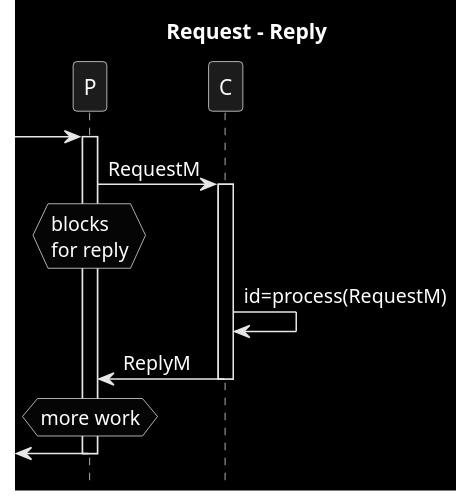
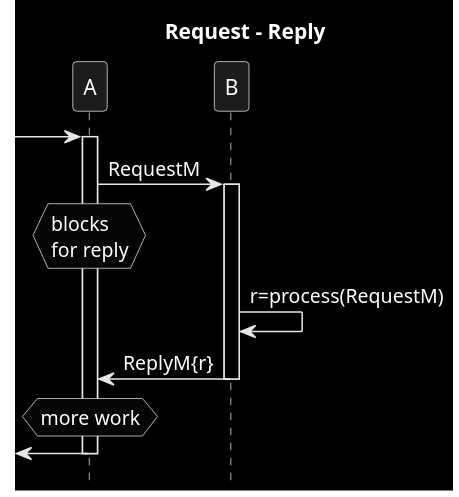
Before and after one commit to victorrentea/kafka: the diagram in patterns/4_request_reply_0_blocking.puml, drawn with PlantUML. The commit also changed other lines of this file and 47 other files, not shown here.

```diff
--- a/patterns/4_request_reply_0_blocking.puml
+++ b/patterns/4_request_reply_0_blocking.puml
@@ -1,16 +1,16 @@
 @startuml
 title Request - Reply
 hide footbox
 skinparam monochrome reverse
-->P
-activate P
-P->C: RequestM
-hnote over P: blocks\nfor reply
-activate C
-C->C: id=process(RequestM)
-C->P: ReplyM
-deactivate C
-hnote over P: more work
-<-P
-deactivate P
+->A
+activate A
+A->B: RequestM
+hnote over A: blocks\nfor reply
+activate B
+B->B: r=process(RequestM)
+B->A: ReplyM{r}
+deactivate B
+hnote over A: more work
+<-A
+deactivate A
 @enduml
```
